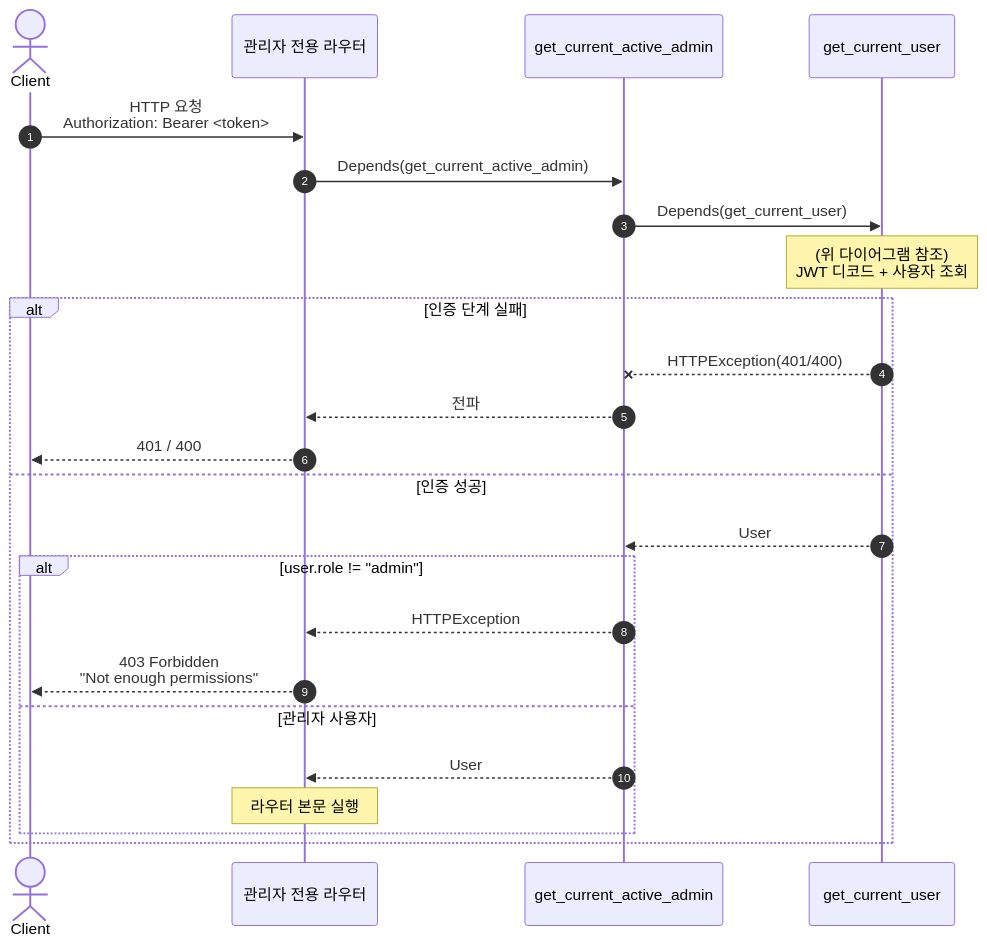
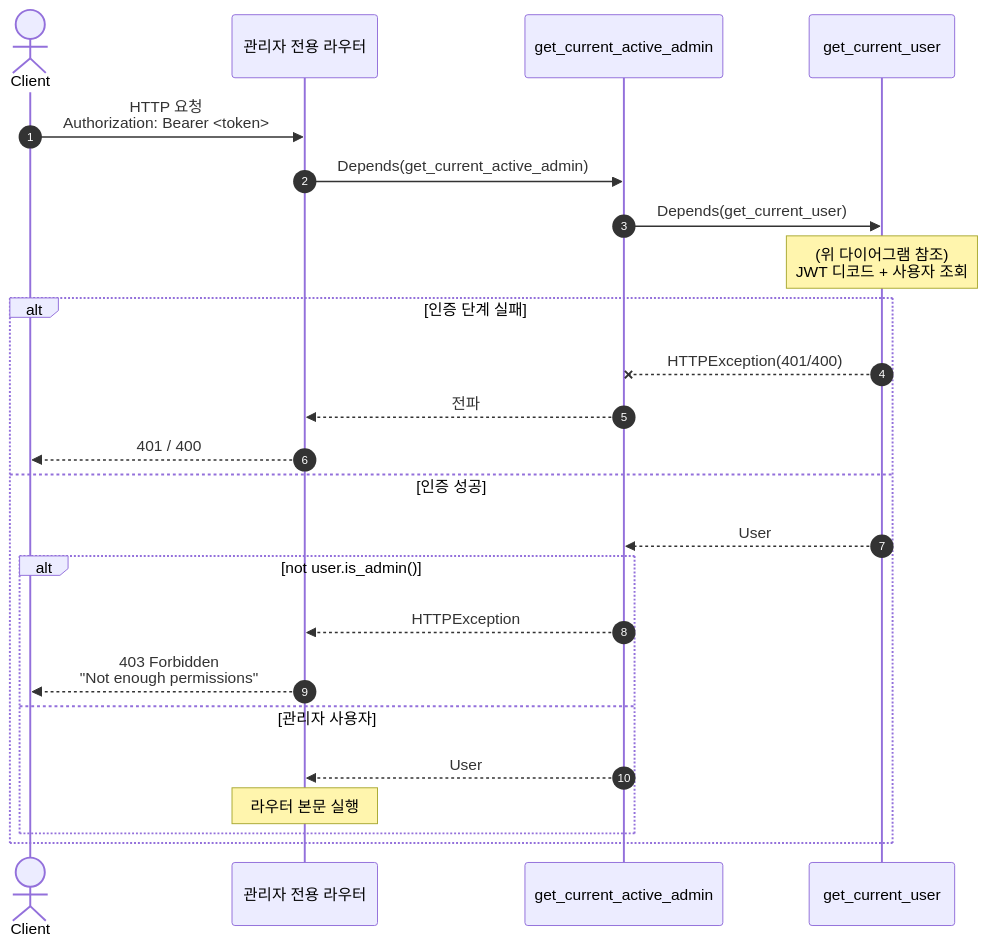
Before and after one commit to hjp7461/fastapi-sample: the second of 2 diagrams in docs/diagram/인증_및_권한.md, drawn with Mermaid. The commit also changed other lines of this file and 9 other files, not shown here.

First line of the commit message:
refactor(user): UserRole 권한 비교를 도메인 메서드로 캡슐화

````diff
--- a/docs/diagram/인증_및_권한.md
+++ b/docs/diagram/인증_및_권한.md
@@ -71,28 +71,28 @@
 ```mermaid
 sequenceDiagram
     autonumber
     actor Client
     participant Route as 관리자 전용 라우터
     participant Admin as get_current_active_admin
     participant User as get_current_user
 
     Client->>Route: HTTP 요청<br/>Authorization: Bearer <token>
     Route->>Admin: Depends(get_current_active_admin)
     Admin->>User: Depends(get_current_user)
     Note over User: (위 다이어그램 참조)<br/>JWT 디코드 + 사용자 조회
 
     alt 인증 단계 실패
         User--xAdmin: HTTPException(401/400)
         Admin-->>Route: 전파
         Route-->>Client: 401 / 400
     else 인증 성공
         User-->>Admin: User
-        alt user.role != "admin"
+        alt not user.is_admin()
             Admin-->>Route: HTTPException
             Route-->>Client: 403 Forbidden<br/>"Not enough permissions"
         else 관리자 사용자
             Admin-->>Route: User
             Note over Route: 라우터 본문 실행
         end
     end
 ```
````
